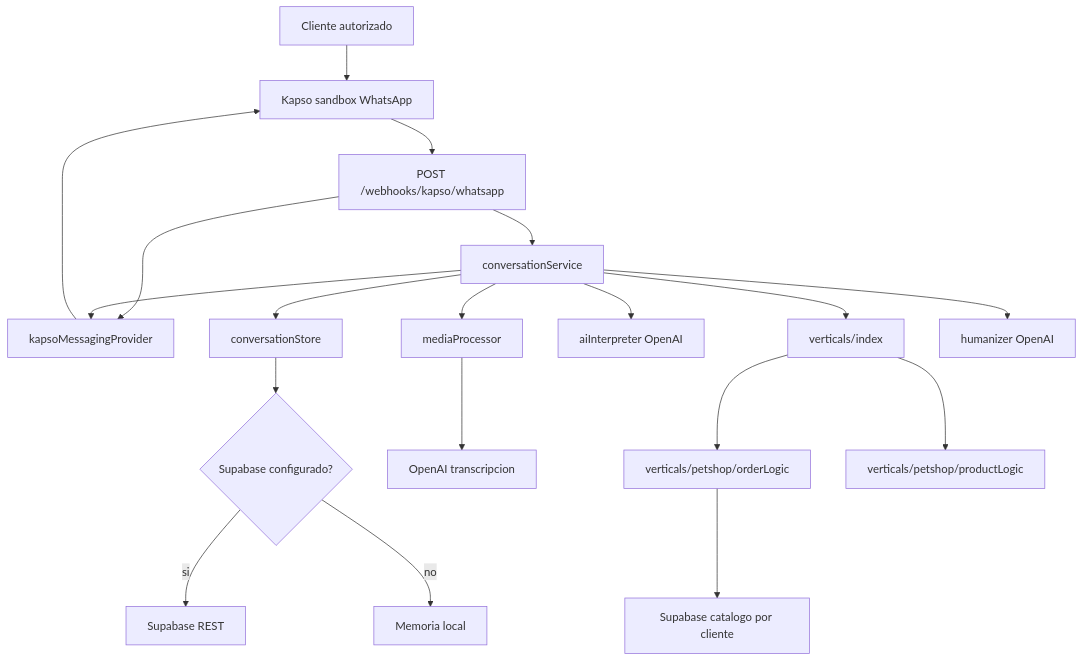
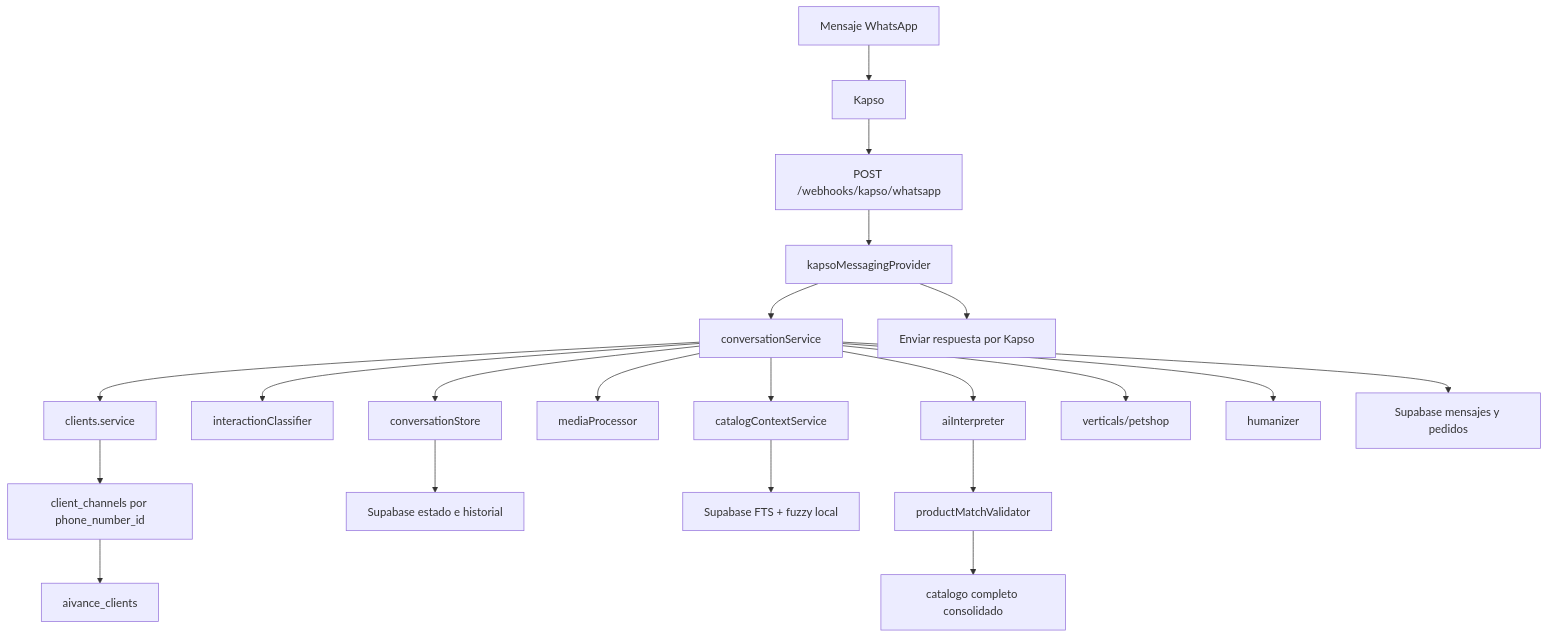
One commit to FGomezOspina/whatssappAI changed the diagram in docs/project-context.md. Above: the diagram before and after it, drawn with Mermaid. The commit also changed other lines of this file and 6 other files, not shown here.

````diff
--- a/docs/project-context.md
+++ b/docs/project-context.md
@@ -19,21 +19,23 @@
 ```mermaid
 flowchart TD
-  A["Cliente autorizado"] --> B["Kapso sandbox WhatsApp"]
+  A["Mensaje WhatsApp"] --> B["Kapso"]
   B --> C["POST /webhooks/kapso/whatsapp"]
   C --> D["kapsoMessagingProvider"]
-  C --> E["conversationService"]
-  E --> F["conversationStore"]
-  F --> G{"Supabase configurado?"}
-  G -->|si| H["Supabase REST"]
-  G -->|no| I["Memoria local"]
-  E --> J["mediaProcessor"]
-  J --> K["OpenAI transcripcion"]
-  E --> L["aiInterpreter OpenAI"]
-  E --> V["verticals/index"]
-  V --> M["verticals/petshop/orderLogic"]
-  M --> N["Supabase catalogo por cliente"]
-  E --> O["humanizer OpenAI"]
-  V --> P["verticals/petshop/productLogic"]
-  E --> D
-  D --> B
+  D --> E["conversationService"]
+  E --> F["clients.service"]
+  F --> G["client_channels por phone_number_id"]
+  G --> H["aivance_clients"]
+  E --> I["interactionClassifier"]
+  E --> J["conversationStore"]
+  J --> K["Supabase estado e historial"]
+  E --> L["mediaProcessor"]
+  E --> M["catalogContextService"]
+  M --> N["Supabase FTS + fuzzy local"]
+  E --> O["aiInterpreter"]
+  O --> P["productMatchValidator"]
+  P --> Q["catalogo completo consolidado"]
+  E --> R["verticals/petshop"]
+  E --> S["humanizer"]
+  E --> T["Supabase mensajes y pedidos"]
+  D --> U["Enviar respuesta por Kapso"]
 ```
````
